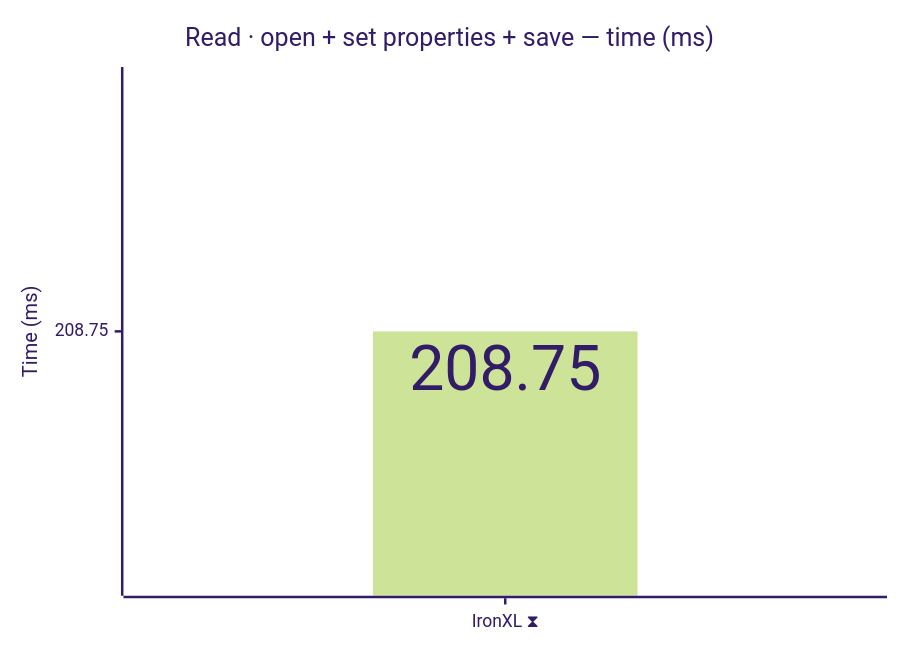
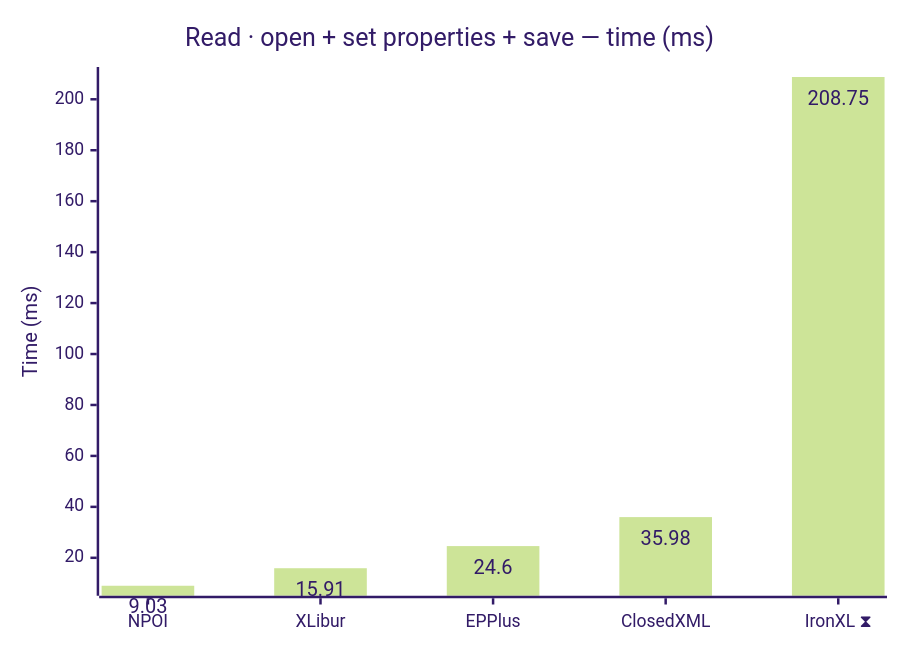
The first of 12 diagrams in docs/results.md (jafin/XLBench), drawn with Mermaid (forest theme) before and after one commit. The commit also changed other lines of this file and 1 other file, not shown here.

````diff
--- a/docs/results.md
+++ b/docs/results.md
@@ -39,12 +39,12 @@
 ```mermaid
 ---
 config:
   xyChart:
     showDataLabel: true
 ---
 xychart-beta
     title "Read · open + set properties + save — time (ms)"
-    x-axis ["IronXL ⧗"]
+    x-axis ["NPOI", "XLibur", "EPPlus", "ClosedXML", "IronXL ⧗"]
     y-axis "Time (ms)"
-    bar [208.75]
+    bar [9.03, 15.91, 24.6, 35.98, 208.75]
 ```
````
